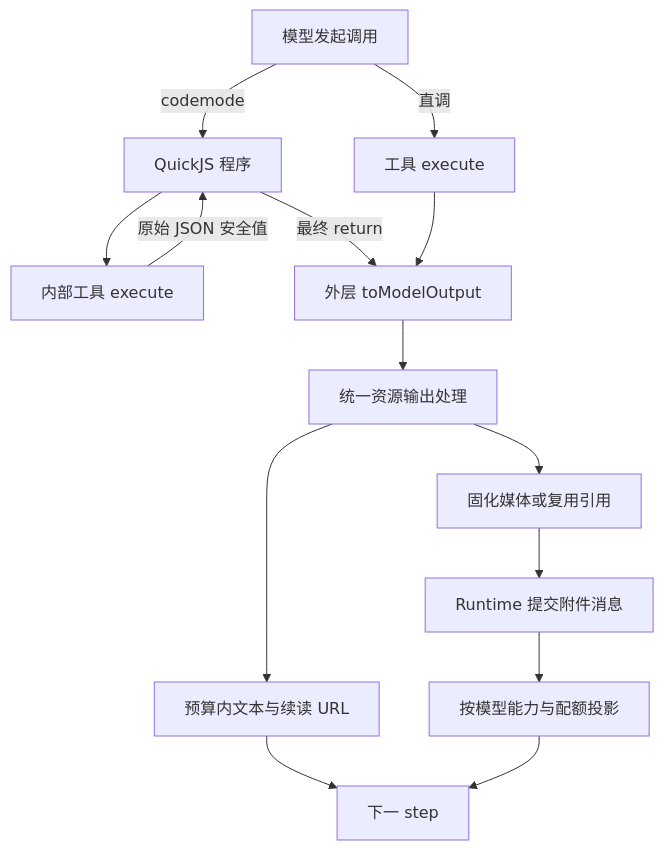
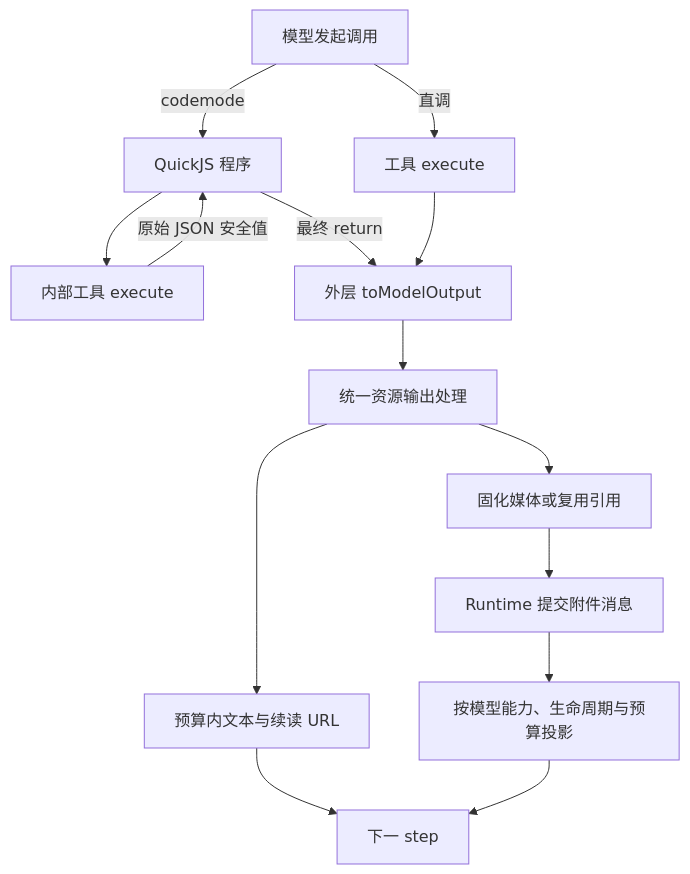
The diagram in docs/content/docs/explanations/tools-pipeline.mdx (YesWeAreBot/ishiki), drawn with Mermaid before and after one commit. The commit also changed other lines of this file and 24 other files, not shown here.

````diff
--- a/docs/content/docs/explanations/tools-pipeline.mdx
+++ b/docs/content/docs/explanations/tools-pipeline.mdx
@@ -54,16 +54,16 @@
 ```mermaid
 flowchart TD
     M[模型发起调用] -->|直调| EXEC[工具 execute]
     M -->|codemode| CODE[QuickJS 程序]
     CODE --> INNER[内部工具 execute]
     INNER -->|原始 JSON 安全值| CODE
     CODE -->|最终 return| CONVERT[外层 toModelOutput]
     EXEC --> CONVERT
     CONVERT --> EXIT[统一资源输出处理]
     EXIT --> TEXT[预算内文本与续读 URL]
     EXIT --> MEDIA[固化媒体或复用引用]
     MEDIA --> ATTACH[Runtime 提交附件消息]
     TEXT --> NEXT[下一 step]
-    ATTACH --> POLICY[按模型能力与配额投影]
+    ATTACH --> POLICY[按模型能力、生命周期与预算投影]
     POLICY --> NEXT
 ```
````
